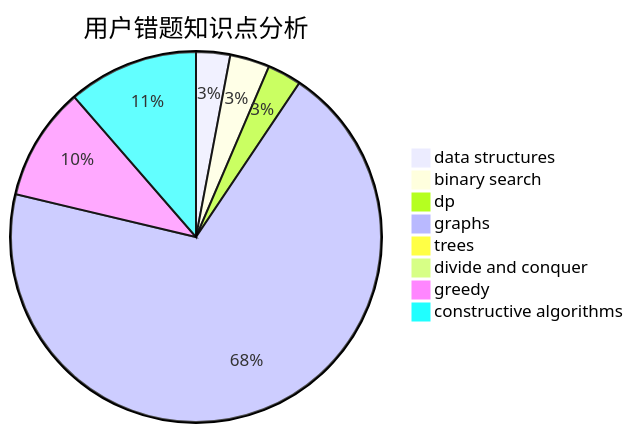
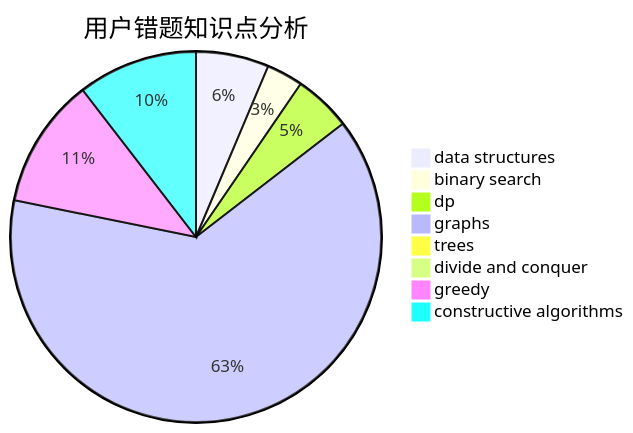
The third of 3 diagrams in docs/user/u1312.md (sherpahu/cfrs.github.io), drawn with Mermaid before and after one commit. The commit also changed other lines of this file and 2770 other files, not shown here.

````diff
--- a/docs/user/u1312.md
+++ b/docs/user/u1312.md
@@ -36,11 +36,11 @@
 ```mermaid
 pie title 用户错题知识点分析
-    "data structures" :  6
+    "data structures" :  14
     "binary search" :  7
-    "dp" :  6
+    "dp" :  11
     "graphs" :  140
     "trees" :  2
     "divide and conquer" :  1
-    "greedy" :  20
+    "greedy" :  25
     "constructive algorithms" :  23
 ```
````
